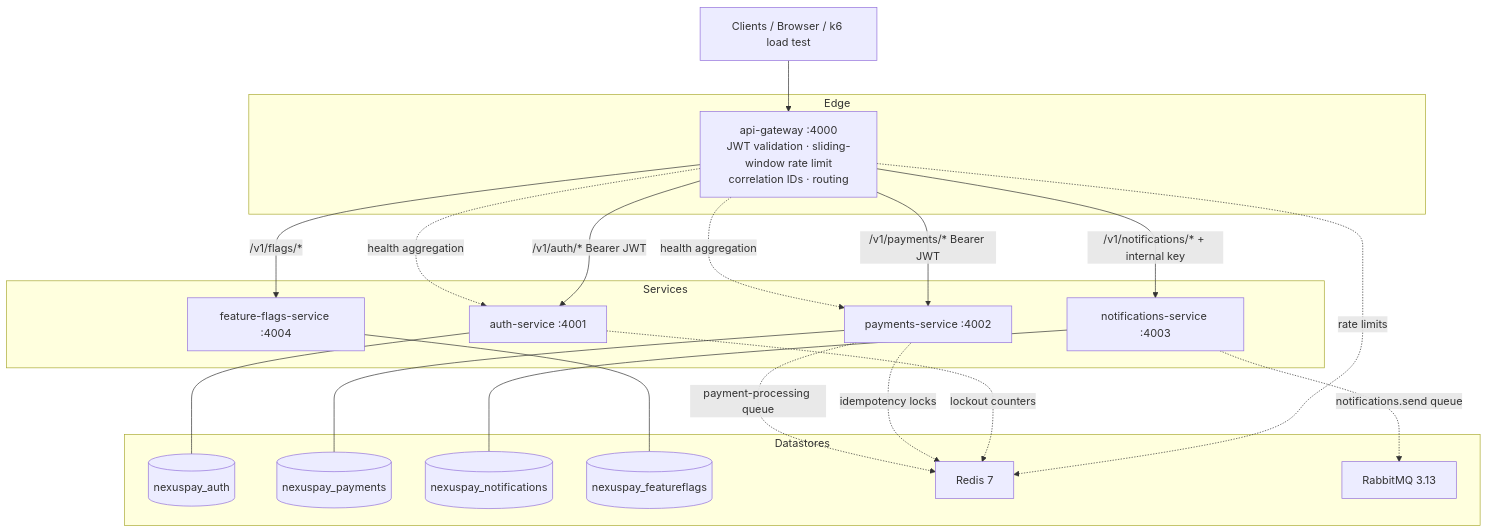
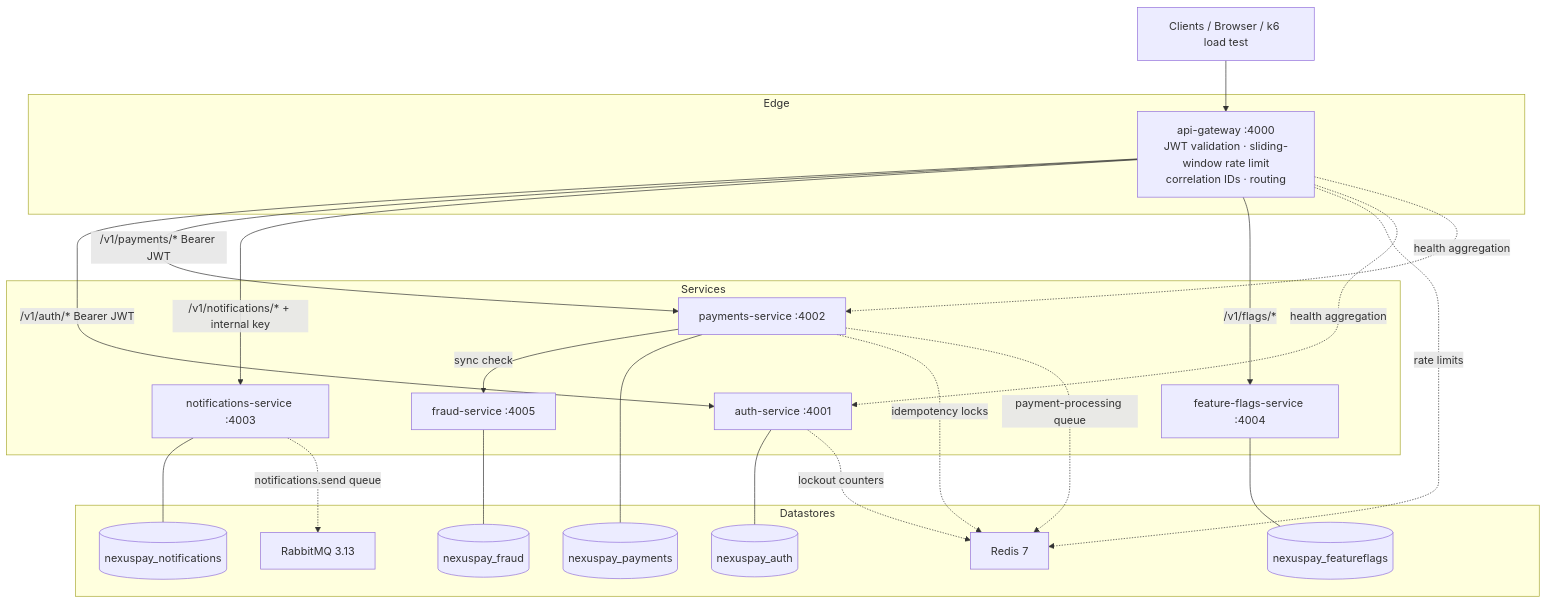
The diagram in docs/architecture.md (cypher682/nexuspay-platform), drawn with Mermaid before and after one commit. The commit also changed 8 other files, not shown here.

````diff
--- a/docs/architecture.md
+++ b/docs/architecture.md
@@ -5,41 +5,45 @@
 ```mermaid
 flowchart TB
     Client[Clients / Browser / k6 load test]
 
     subgraph Edge
         GW[api-gateway :4000<br/>JWT validation · sliding-window rate limit<br/>correlation IDs · routing]
     end
 
     subgraph Services
         AUTH[auth-service :4001]
         PAY[payments-service :4002]
         NOTIF[notifications-service :4003]
         FF[feature-flags-service :4004]
+        FRAUD[fraud-service :4005]
     end
 
     subgraph Datastores
         PG1[(nexuspay_auth)]
         PG2[(nexuspay_payments)]
         PG3[(nexuspay_notifications)]
         PG4[(nexuspay_featureflags)]
+        PG5[(nexuspay_fraud)]
         RD[Redis 7]
         MQ[RabbitMQ 3.13]
     end
 
     Client --> GW
     GW -->|/v1/auth/* Bearer JWT| AUTH
     GW -->|/v1/payments/* Bearer JWT| PAY
     GW -->|/v1/notifications/* + internal key| NOTIF
     GW -->|/v1/flags/*| FF
+    PAY -->|sync check| FRAUD
     GW -.->|rate limits| RD
     GW -.->|health aggregation| AUTH & PAY
 
     AUTH --- PG1
     AUTH -.->|lockout counters| RD
     PAY --- PG2
     PAY -.->|idempotency locks| RD
     PAY -.->|payment-processing queue| RD
     NOTIF --- PG3
     FF --- PG4
+    FRAUD --- PG5
     NOTIF -.->|notifications.send queue| MQ
 ```
````
